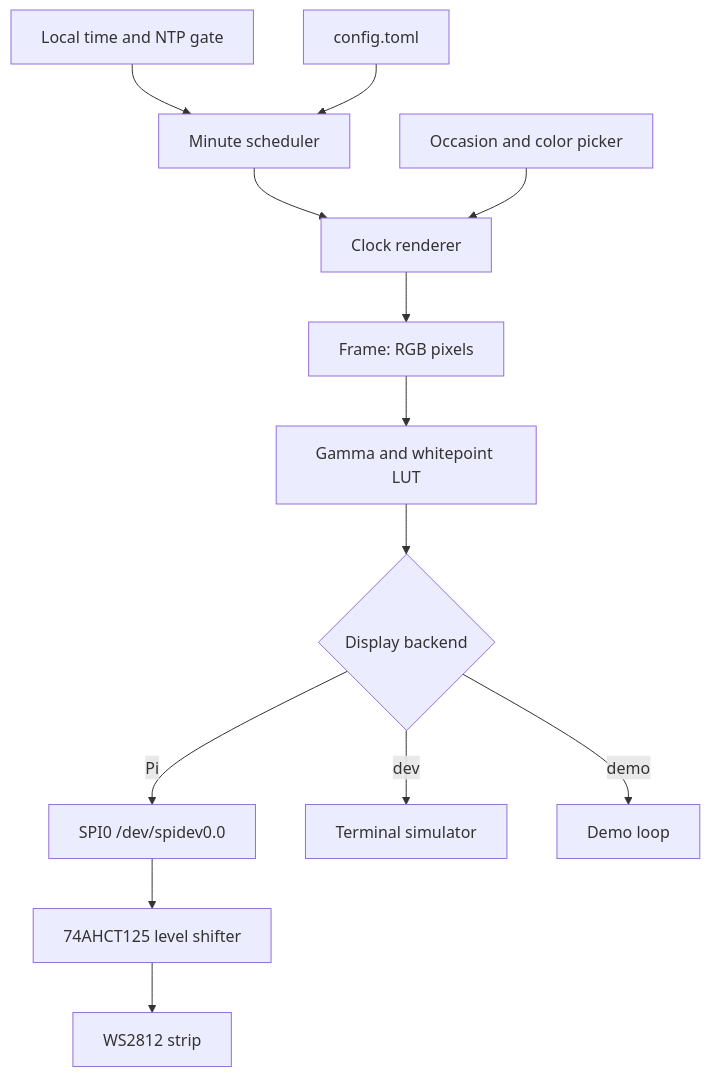
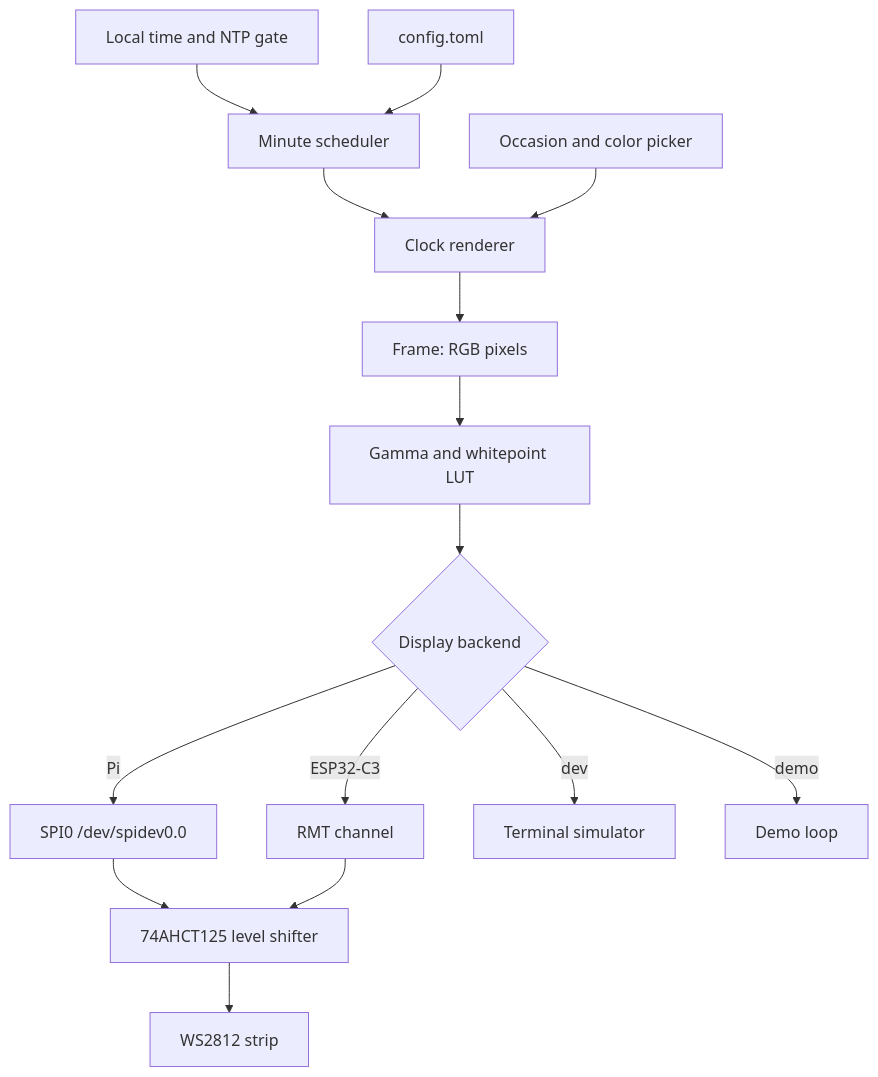
Before and after one commit to suhlig/wordclock-rs: the diagram in openspec/changes/replace-fadecandy-with-rust/design.md, drawn with Mermaid. The commit also changed other lines of this file and 10 other files, not shown here.

````diff
--- a/openspec/changes/replace-fadecandy-with-rust/design.md
+++ b/openspec/changes/replace-fadecandy-with-rust/design.md
@@ -126,15 +134,17 @@
 ```mermaid
 flowchart TD
     Time[Local time and NTP gate] --> Scheduler[Minute scheduler]
     Config[config.toml] --> Scheduler
     Scheduler --> Clock[Clock renderer]
     Occasion[Occasion and color picker] --> Clock
     Clock --> Frame[Frame: RGB pixels]
     Frame --> Correction[Gamma and whitepoint LUT]
     Correction --> Display{Display backend}
     Display -->|Pi| Spi[SPI0 /dev/spidev0.0]
+    Display -->|ESP32-C3| Rmt[RMT channel]
     Spi --> Level[74AHCT125 level shifter]
+    Rmt --> Level
     Level --> Strip[WS2812 strip]
     Display -->|dev| Terminal[Terminal simulator]
     Display -->|demo| Demo[Demo loop]
 ```
````
